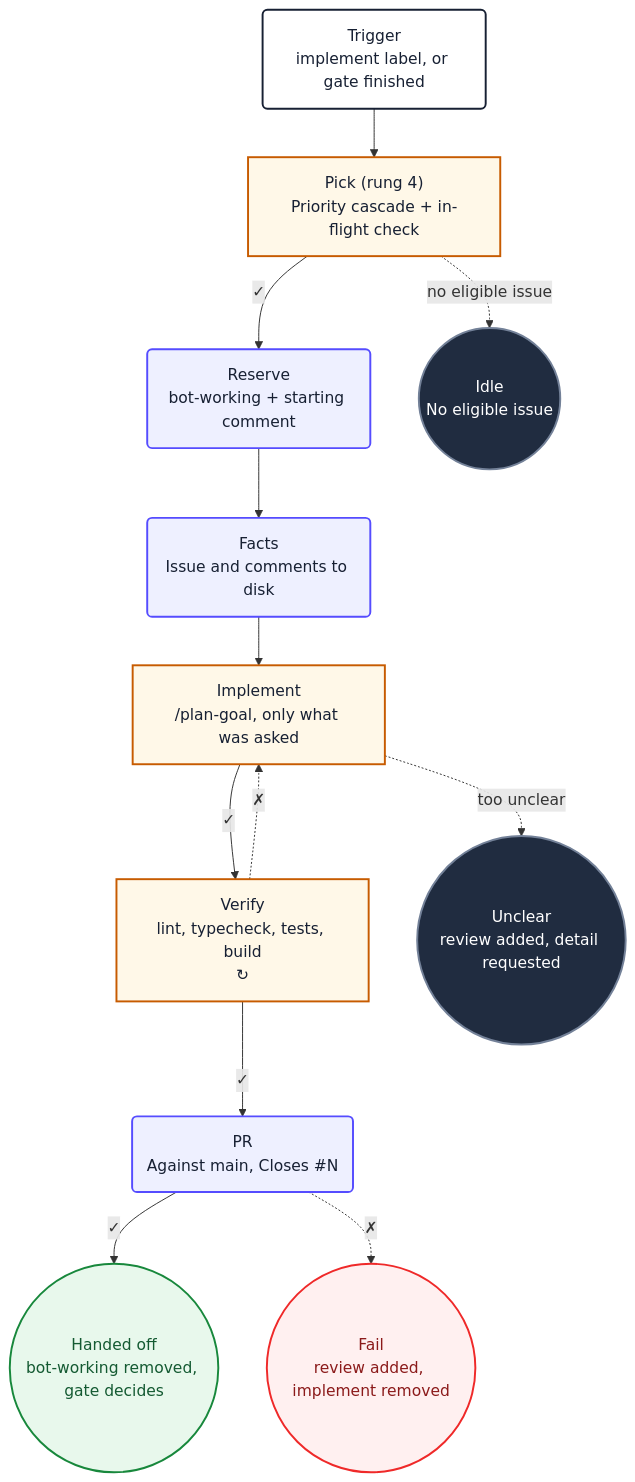
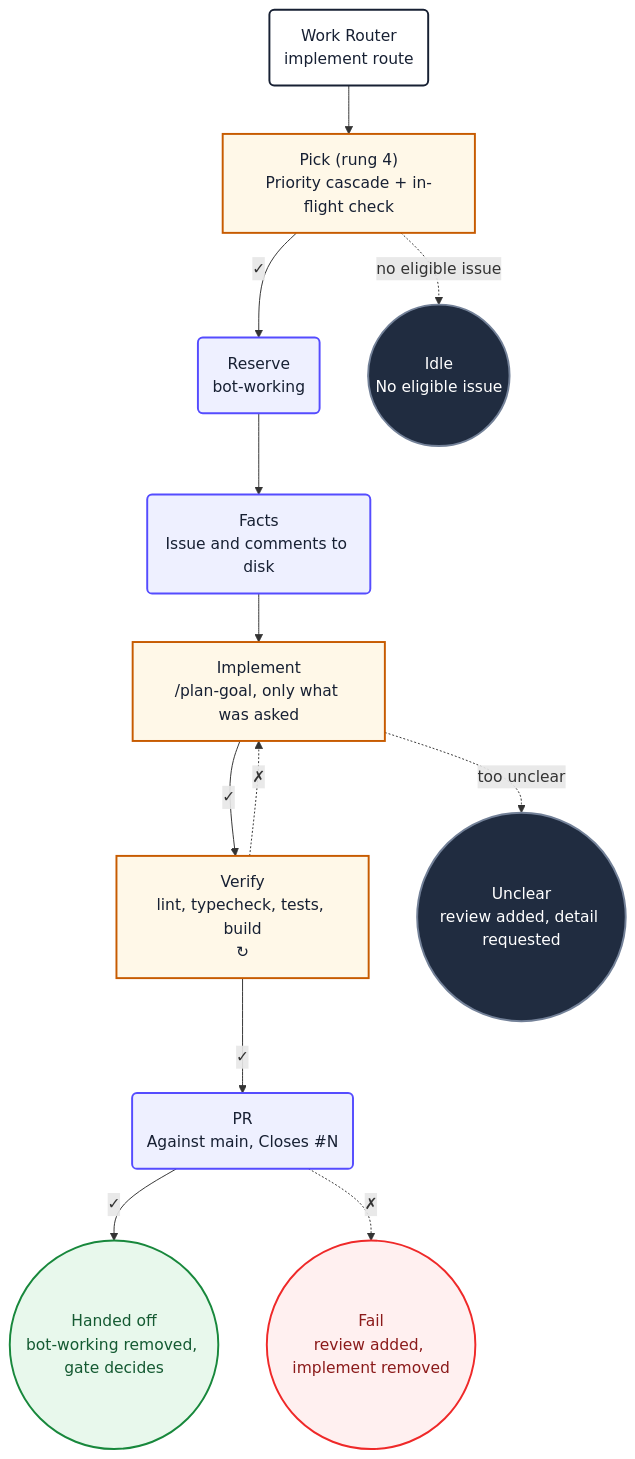
The diagram in ai/workflows/implement.md (PlainConceptsPlatform/Foundations), drawn with Mermaid before and after one commit. The commit also changed other lines of this file and 29 other files, not shown here.

````diff
--- a/ai/workflows/implement.md
+++ b/ai/workflows/implement.md
@@ -307,31 +294,31 @@
 ```mermaid
 flowchart TD
-    implStart("Trigger<br/>implement label, or gate finished") --> implPick
+    implStart("Work Router<br/>implement route") --> implPick
     implPick["Pick (rung 4)<br/>Priority cascade + in-flight check"] -->|✓| implReserve
     implPick -.->|no eligible issue| implIdle
-    implReserve("Reserve<br/>bot-working + starting comment") --> implFacts
+    implReserve("Reserve<br/>bot-working") --> implFacts
     implFacts("Facts<br/>Issue and comments to disk") --> implCode
     implCode["Implement<br/>/plan-goal, only what was asked"] -->|✓| implVerify
     implCode -.->|too unclear| implUnclear
     implVerify["Verify<br/>lint, typecheck, tests, build<br/>↻"] -->|✓| implPr
     implVerify -.->|✗| implCode
     implPr("PR<br/>Against main, Closes #N") -->|✓| implHandoff
     implPr -.->|✗| implFail
     implHandoff(("Handed off<br/>bot-working removed, gate decides"))
     implUnclear(("Unclear<br/>review added, detail requested"))
     implIdle(("Idle<br/>No eligible issue"))
     implFail(("Fail<br/>review added, implement removed"))
 
     classDef start fill:#ffffff,stroke:#172033,stroke-width:2px,color:#172033
     classDef action fill:#eef0ff,stroke:#554cff,stroke-width:2px,color:#172033
     classDef decision fill:#fff8e8,stroke:#c75b00,stroke-width:2px,color:#172033
     classDef idle fill:#202c40,stroke:#738198,stroke-width:2px,color:#ffffff
     classDef failure fill:#fff0f0,stroke:#ef2929,stroke-width:2px,color:#8b1a1a
     classDef success fill:#e8f8ec,stroke:#18883c,stroke-width:2px,color:#145a32
     class implStart start
     class implReserve,implFacts,implPr action
     class implPick,implCode,implVerify decision
     class implIdle,implUnclear idle
     class implFail failure
     class implHandoff success
 ```
````
